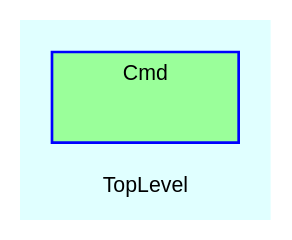
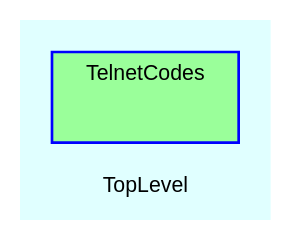
One commit to Tyche/teensymud changed the diagram in doc/dot/m_10_0.dot. Above: the diagram before and after it, drawn with Graphviz. The commit also changed 127 other files, not shown here.

```diff
--- a/doc/dot/m_10_0.dot
+++ b/doc/dot/m_10_0.dot
@@ -1,29 +1,29 @@
 digraph TopLevel {
     compound = true
     bgcolor = lightcyan1
     fontname = Arial
     fontsize = 8
     label = "TopLevel"
     node [
         fontname = Arial,
         fontsize = 8,
         color = black
     ]
 
-    subgraph cluster_Cmd {
+    subgraph cluster_TelnetCodes {
         fillcolor = palegreen1
-        URL = "classes/Cmd.html"
+        URL = "classes/TelnetCodes.html"
         fontname = Arial
         color = blue
-        label = "Cmd"
+        label = "TelnetCodes"
         style = filled
-        Cmd [
+        TelnetCodes [
             shape = plaintext,
             height = 0.01,
             width = 0.75,
             label = ""
         ]
 
     }
 
 }
```
